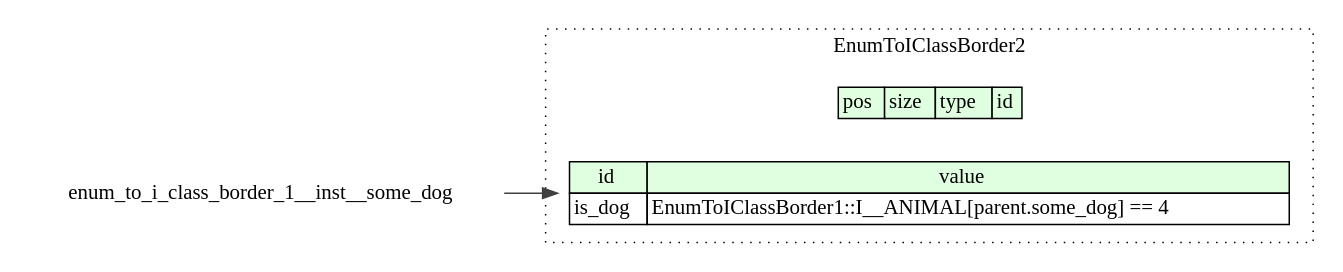
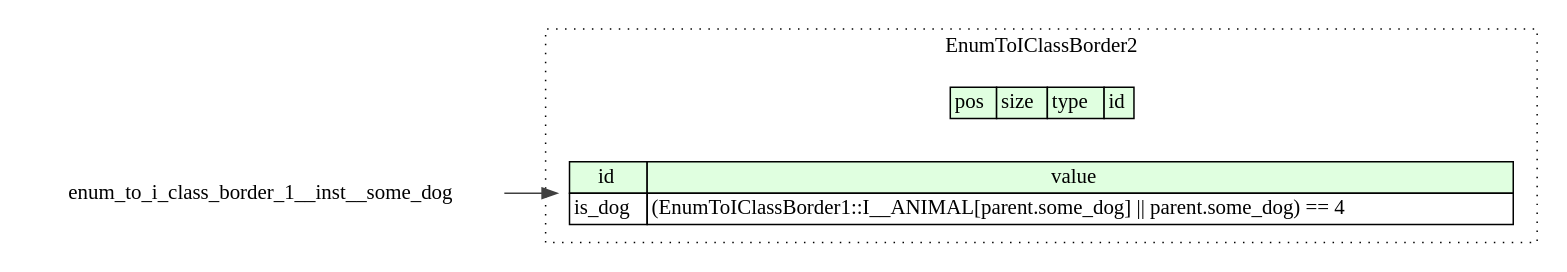
One commit to kaitai-io/ci_targets changed the diagram in compiled/graphviz/enum_to_i_class_border_2.dot. Above: the diagram before and after it, drawn with Graphviz. The commit also changed 7 other files, not shown here.

```diff
--- a/compiled/graphviz/enum_to_i_class_border_2.dot
+++ b/compiled/graphviz/enum_to_i_class_border_2.dot
@@ -1,17 +1,17 @@
 digraph {
 	rankdir=LR;
 	node [shape=plaintext];
 	subgraph cluster__enum_to_i_class_border_2 {
 		label="EnumToIClassBorder2";
 		graph[style=dotted];
 
 		enum_to_i_class_border_2__seq [label=<<TABLE BORDER="0" CELLBORDER="1" CELLSPACING="0">
 			<TR><TD BGCOLOR="#E0FFE0">pos</TD><TD BGCOLOR="#E0FFE0">size</TD><TD BGCOLOR="#E0FFE0">type</TD><TD BGCOLOR="#E0FFE0">id</TD></TR>
 		</TABLE>>];
 		enum_to_i_class_border_2__inst__is_dog [label=<<TABLE BORDER="0" CELLBORDER="1" CELLSPACING="0">
 			<TR><TD BGCOLOR="#E0FFE0">id</TD><TD BGCOLOR="#E0FFE0">value</TD></TR>
-			<TR><TD>is_dog</TD><TD>EnumToIClassBorder1::I__ANIMAL[parent.some_dog] == 4</TD></TR>
+			<TR><TD>is_dog</TD><TD>(EnumToIClassBorder1::I__ANIMAL[parent.some_dog] || parent.some_dog) == 4</TD></TR>
 		</TABLE>>];
 	}
 	enum_to_i_class_border_1__inst__some_dog:some_dog_type -> enum_to_i_class_border_2__inst__is_dog [color="#404040"];
 }
```
